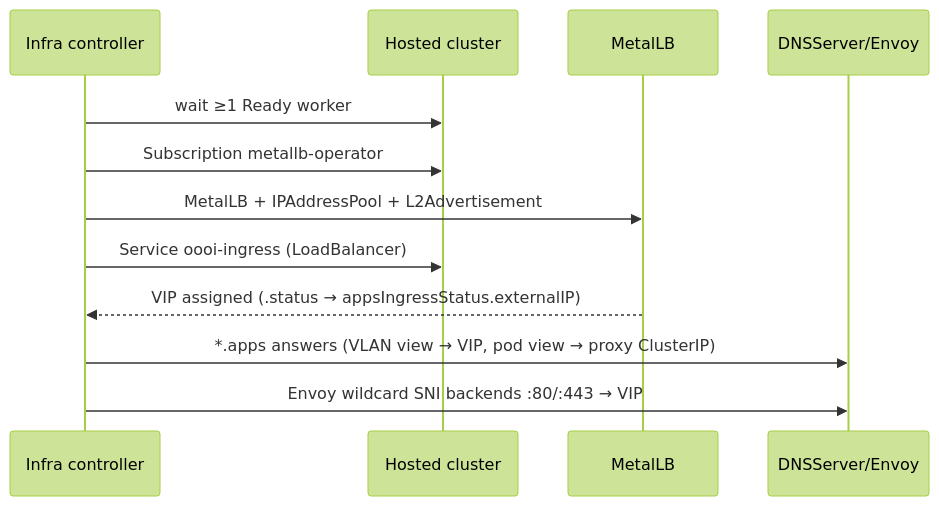
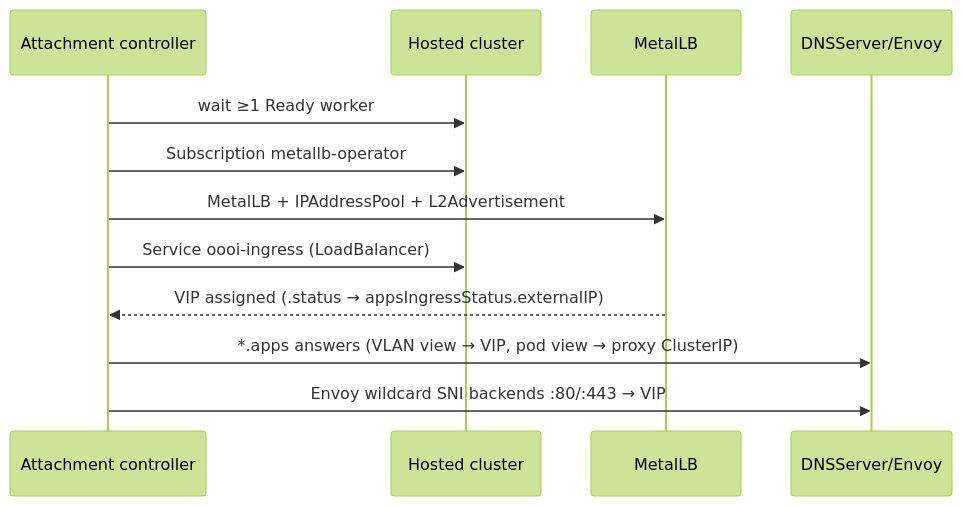
One commit to cldmnky/oooi changed the diagram in website/docs/guides/apps-ingress.md. Above: the diagram before and after it, drawn with Mermaid (forest theme). The commit also changed other lines of this file and 70 other files, not shown here.

````diff
--- a/website/docs/guides/apps-ingress.md
+++ b/website/docs/guides/apps-ingress.md
@@ -29,14 +30,14 @@
 ```mermaid
 sequenceDiagram
-    participant I as Infra controller
+    participant I as Attachment controller
     participant H as Hosted cluster
     participant M as MetalLB
     participant D as DNSServer/Envoy
     I->>H: wait ≥1 Ready worker
     I->>H: Subscription metallb-operator
     I->>M: MetalLB + IPAddressPool + L2Advertisement
     I->>H: Service oooi-ingress (LoadBalancer)
     M-->>I: VIP assigned (.status → appsIngressStatus.externalIP)
     I->>D: *.apps answers (VLAN view → VIP, pod view → proxy ClusterIP)
     I->>D: Envoy wildcard SNI backends :80/:443 → VIP
 ```
````
